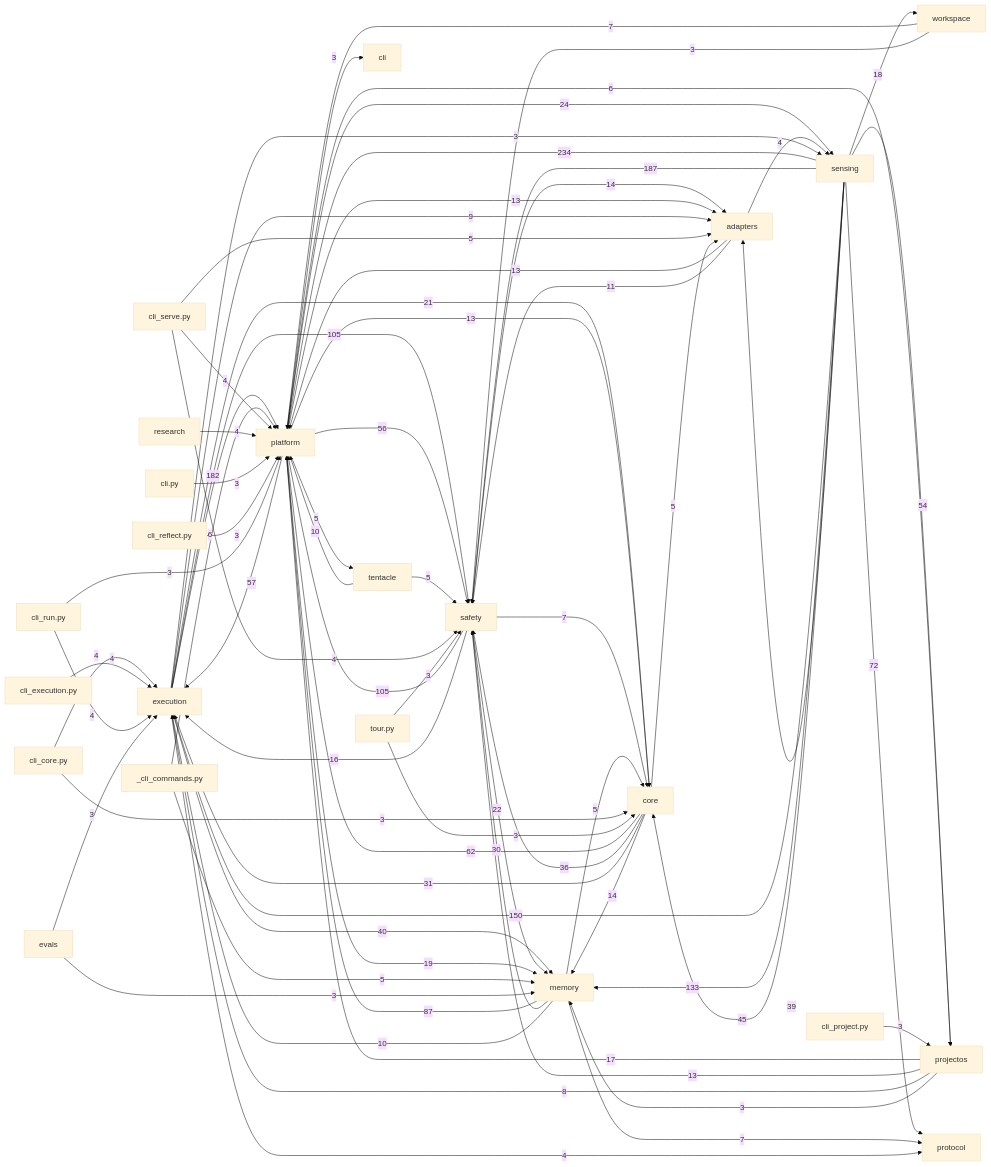
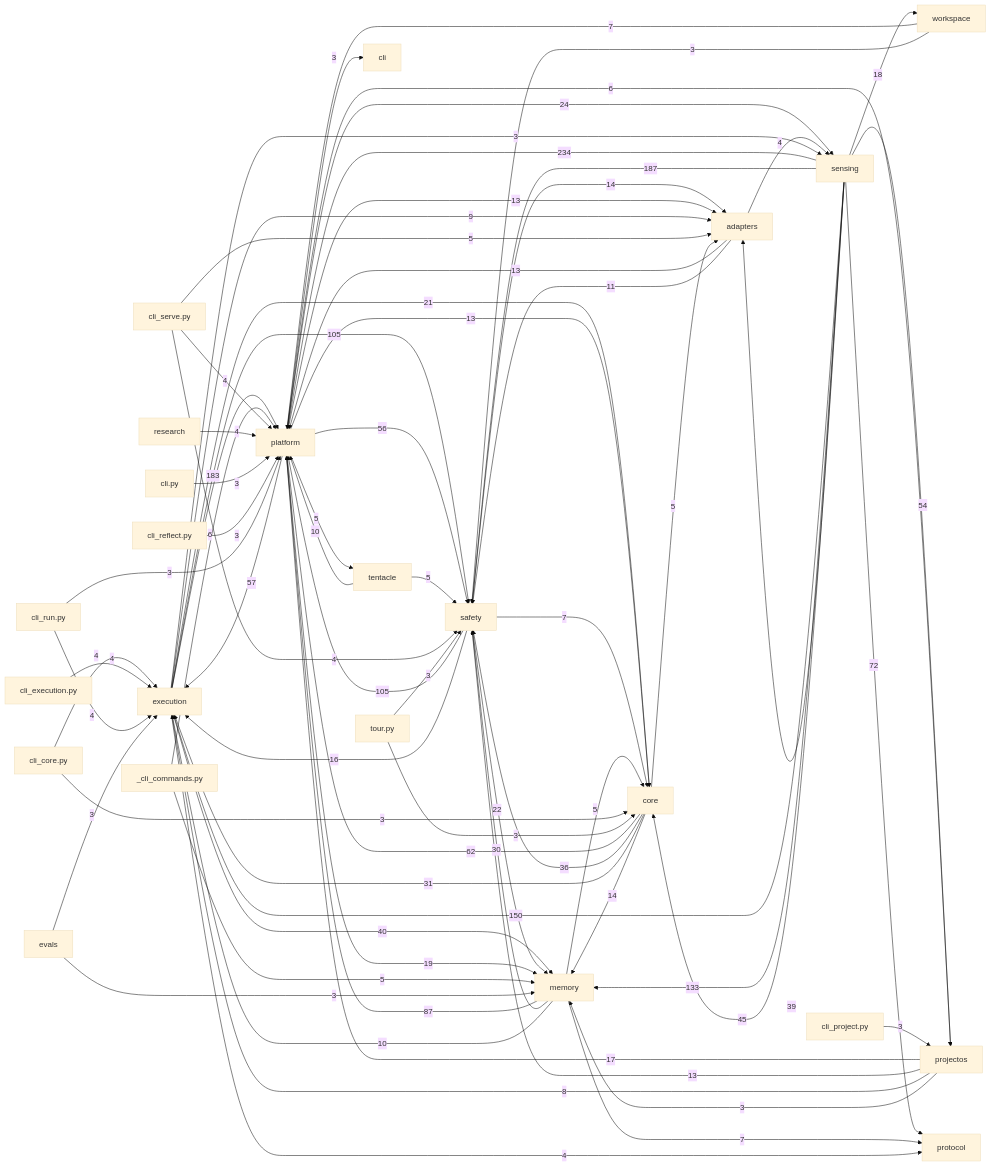
The diagram in docs/auto/20-backend/index.md (dengdenghua/echo-ai), drawn with Mermaid (base theme) before and after one commit. The commit also changed 8 other files, not shown here.

````diff
--- a/docs/auto/20-backend/index.md
+++ b/docs/auto/20-backend/index.md
@@ -26,79 +26,79 @@
 ```mermaid
 graph LR
   execution[execution]
   core[core]
   safety[safety]
   memory[memory]
   sensing[sensing]
   adapters[adapters]
   platform[platform]
   sensing -- 234 --> platform
   sensing -- 187 --> safety
-  execution -- 182 --> platform
+  execution -- 183 --> platform
   sensing -- 150 --> execution
   sensing -- 133 --> memory
   execution -- 105 --> safety
   safety -- 105 --> platform
   memory -- 87 --> platform
   sensing -- 72 --> protocol
   core -- 62 --> platform
   platform -- 57 --> execution
   platform -- 56 --> safety
   sensing -- 54 --> projectos
   sensing -- 45 --> core
   execution -- 40 --> memory
   sensing -- 39 --> adapters
   core -- 36 --> safety
   core -- 31 --> execution
   memory -- 30 --> safety
   platform -- 24 --> sensing
   safety -- 22 --> memory
   execution -- 21 --> core
   platform -- 19 --> memory
   sensing -- 18 --> workspace
   projectos -- 17 --> platform
   safety -- 16 --> execution
   core -- 14 --> memory
   safety -- 14 --> adapters
   adapters -- 13 --> platform
   platform -- 13 --> adapters
   platform -- 13 --> core
   projectos -- 13 --> safety
   adapters -- 11 --> safety
   memory -- 10 --> execution
   tentacle -- 10 --> platform
   execution -- 9 --> adapters
   projectos -- 8 --> execution
   memory -- 7 --> protocol
   safety -- 7 --> core
   workspace -- 7 --> platform
   _cli_commands.py -- 6 --> platform
   platform -- 6 --> projectos
   _cli_commands.py -- 5 --> memory
   cli_serve.py -- 5 --> adapters
   core -- 5 --> adapters
   memory -- 5 --> core
   platform -- 5 --> tentacle
   tentacle -- 5 --> safety
   adapters -- 4 --> sensing
   cli_core.py -- 4 --> execution
   cli_execution.py -- 4 --> execution
   cli_run.py -- 4 --> execution
   cli_serve.py -- 4 --> platform
   cli_serve.py -- 4 --> safety
   execution -- 4 --> protocol
   research -- 4 --> platform
   cli.py -- 3 --> platform
   cli_core.py -- 3 --> core
   cli_project.py -- 3 --> projectos
   cli_reflect.py -- 3 --> platform
   cli_run.py -- 3 --> platform
   evals -- 3 --> execution
   evals -- 3 --> memory
   execution -- 3 --> sensing
   platform -- 3 --> cli
   projectos -- 3 --> memory
   tour.py -- 3 --> core
   tour.py -- 3 --> safety
   workspace -- 3 --> safety
 ```
````
